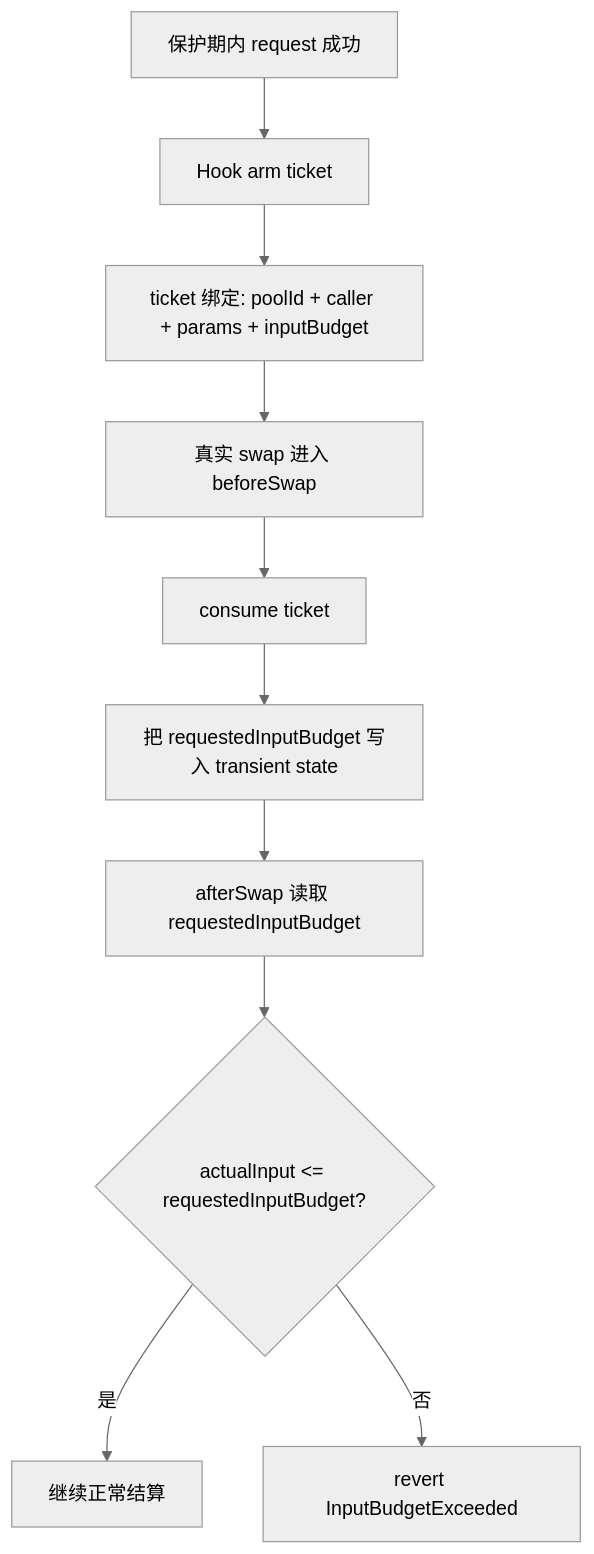
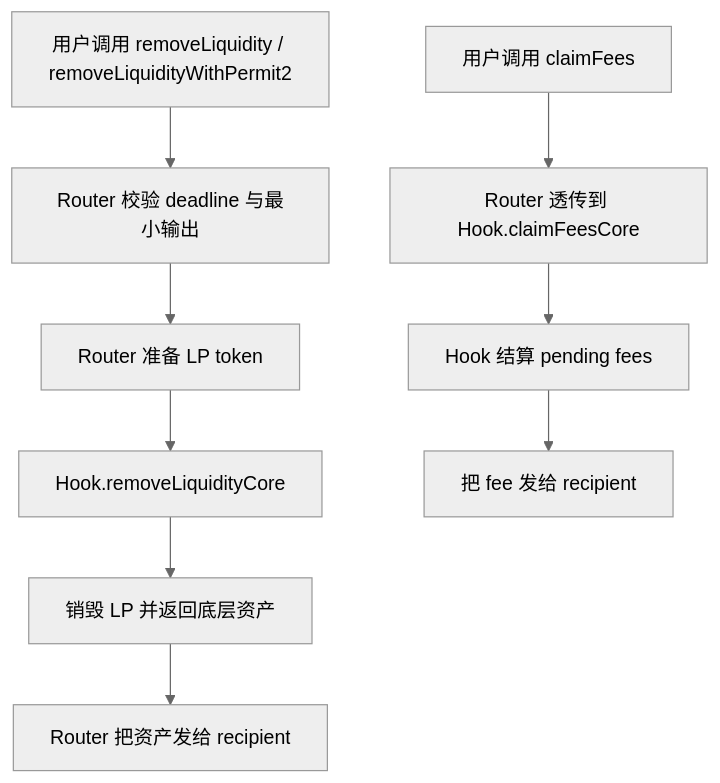
Before and after one commit to OutrunBuild/MemeverseV2: the sixth of 7 diagrams in docs/memeverse-swap/memeverse-swap-flow.md, drawn with Mermaid (neutral theme). The commit also changed other lines of this file and 23 other files, not shown here.

````diff
--- a/docs/memeverse-swap/memeverse-swap-flow.md
+++ b/docs/memeverse-swap/memeverse-swap-flow.md
@@ -179,12 +126,12 @@
 ```mermaid
 flowchart TD
-    A[保护期内 request 成功] --> B[Hook arm ticket]
-    B --> C[ticket 绑定: poolId + caller + params + inputBudget]
-    C --> D[真实 swap 进入 beforeSwap]
-    D --> E[consume ticket]
-    E --> F[把 requestedInputBudget 写入 transient state]
-    F --> G[afterSwap 读取 requestedInputBudget]
-    G --> H{actualInput <= requestedInputBudget?}
-    H -- 是 --> I[继续正常结算]
-    H -- 否 --> J[revert InputBudgetExceeded]
+    A[用户调用 removeLiquidity / removeLiquidityWithPermit2] --> B[Router 校验 deadline 与最小输出]
+    B --> C[Router 准备 LP token]
+    C --> D[Hook.removeLiquidityCore]
+    D --> E[销毁 LP 并返回底层资产]
+    E --> F[Router 把资产发给 recipient]
+
+    G[用户调用 claimFees] --> H[Router 透传到 Hook.claimFeesCore]
+    H --> I[Hook 结算 pending fees]
+    I --> J[把 fee 发给 recipient]
 ```
````
